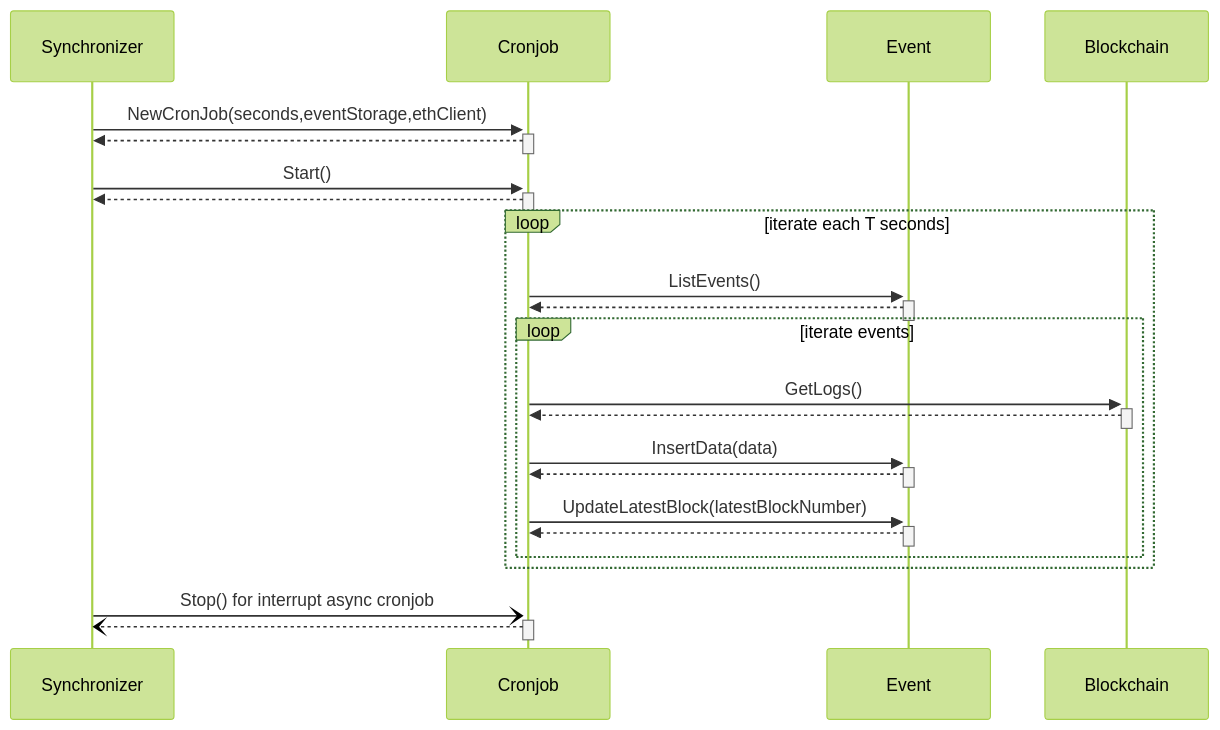
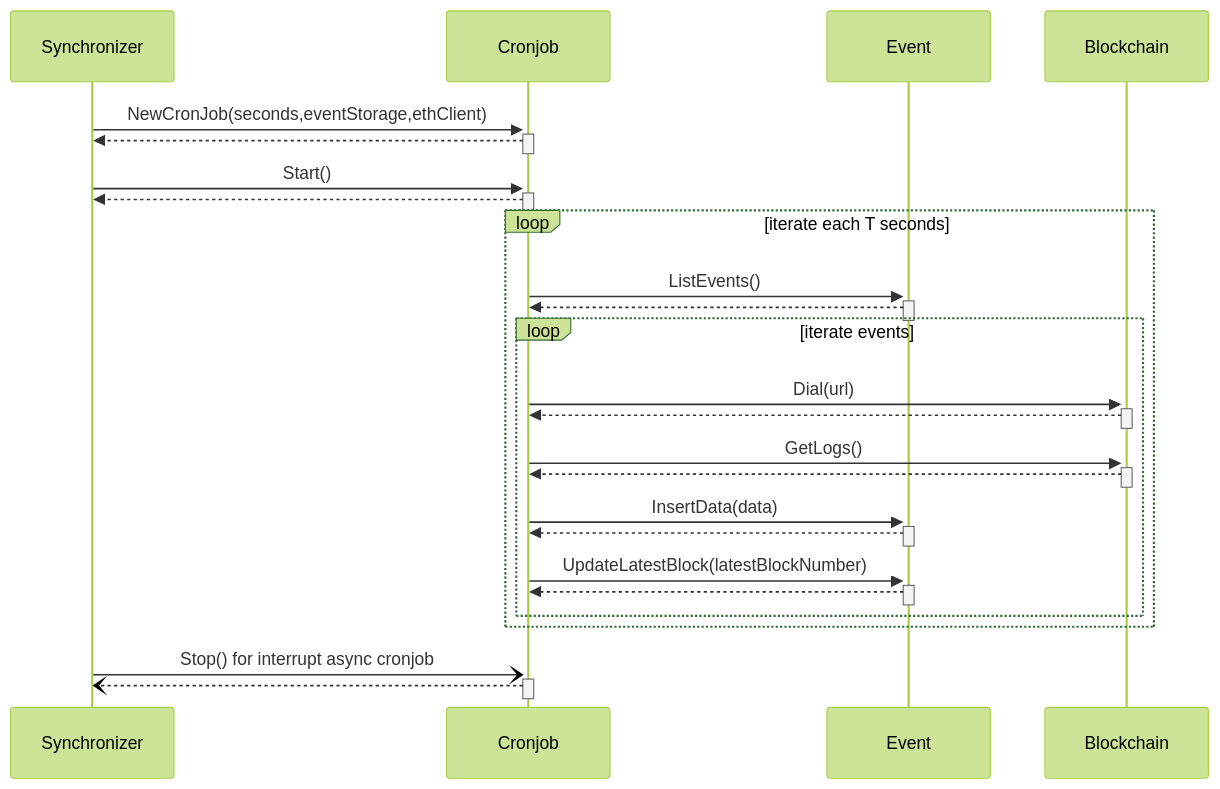
The diagram in asset/diagram/cronjob-flow.mermaid (darchlabs/synchronizer-v2), drawn with Mermaid (forest theme) before and after one commit. The commit also changed 2 other files, not shown here.

Commit message:
refactor(mermair): update diagrams

```diff
--- a/asset/diagram/cronjob-flow.mermaid
+++ b/asset/diagram/cronjob-flow.mermaid
@@ -1,19 +1,21 @@
 sequenceDiagram
     Synchronizer->>+Cronjob: NewCronJob(seconds,eventStorage,ethClient)
     Cronjob-->>-Synchronizer: 
     Synchronizer->>+Cronjob: Start()
     Cronjob-->>-Synchronizer: 
     loop iterate each T seconds
         Cronjob->>+Event: ListEvents()
         Event-->>-Cronjob: 
         loop iterate events
+            Cronjob->>+Blockchain: Dial(url)
+            Blockchain-->>-Cronjob: 
             Cronjob->>+Blockchain: GetLogs()
             Blockchain-->>-Cronjob: 
             Cronjob->>+Event: InsertData(data)
             Event-->>-Cronjob: 
             Cronjob->>+Event: UpdateLatestBlock(latestBlockNumber)
             Event-->>-Cronjob: 
         end
     end
     Synchronizer-)+Cronjob: Stop() for interrupt async cronjob
     Cronjob--)-Synchronizer: 
```
